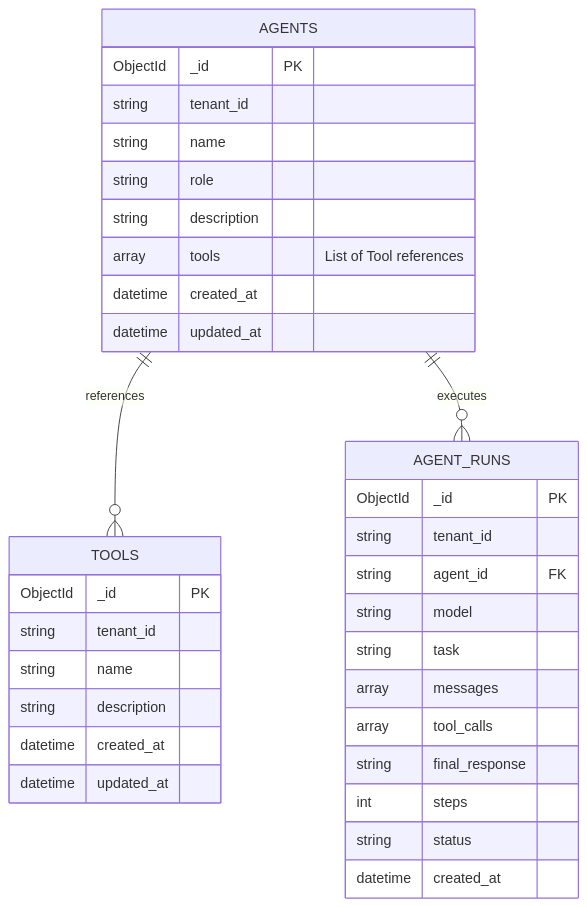
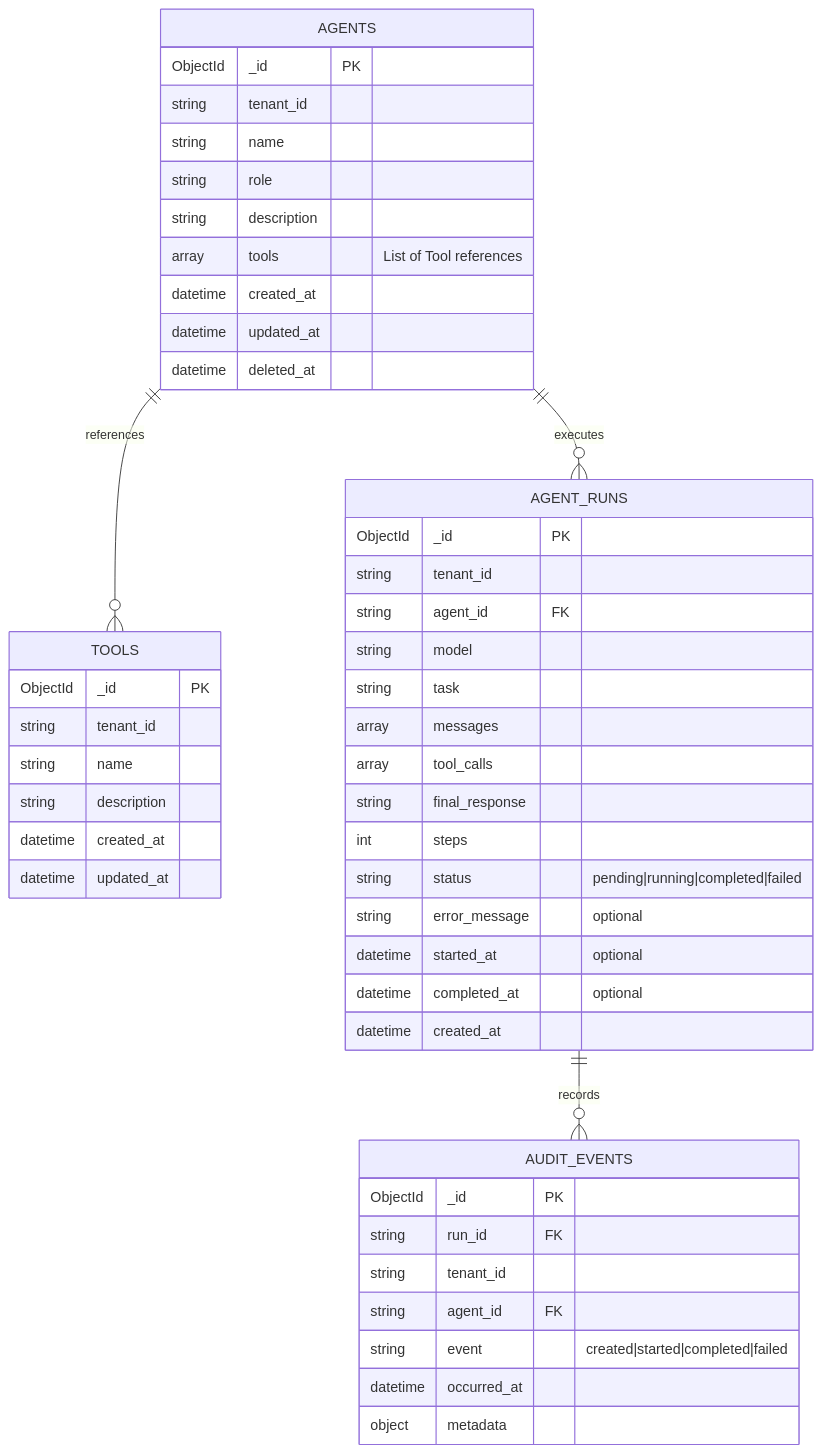
The seventh of 11 diagrams in docs/models_schemas_db.md (EladAriel/mini-agent-platform), drawn with Mermaid before and after one commit. The commit also changed other lines of this file and 53 other files, not shown here.

````diff
--- a/docs/models_schemas_db.md
+++ b/docs/models_schemas_db.md
@@ -161,39 +206,55 @@
 ```mermaid
 erDiagram
     AGENTS {
         ObjectId _id PK
         string tenant_id
         string name
         string role
         string description
         array tools "List of Tool references"
         datetime created_at
         datetime updated_at
+        datetime deleted_at
     }
 
     TOOLS {
         ObjectId _id PK
         string tenant_id
         string name
         string description
         datetime created_at
         datetime updated_at
     }
 
     AGENT_RUNS {
         ObjectId _id PK
         string tenant_id
         string agent_id FK
         string model
         string task
         array messages
         array tool_calls
         string final_response
         int steps
-        string status
+        string status "pending|running|completed|failed"
+        string error_message "optional"
+        datetime started_at "optional"
+        datetime completed_at "optional"
         datetime created_at
     }
 
     AGENTS ||--o{ TOOLS : "references"
     AGENTS ||--o{ AGENT_RUNS : "executes"
+
+    AUDIT_EVENTS {
+        ObjectId _id PK
+        string run_id FK
+        string tenant_id
+        string agent_id FK
+        string event "created|started|completed|failed"
+        datetime occurred_at
+        object metadata
+    }
+
+    AGENT_RUNS ||--o{ AUDIT_EVENTS : "records"
 ```
````
